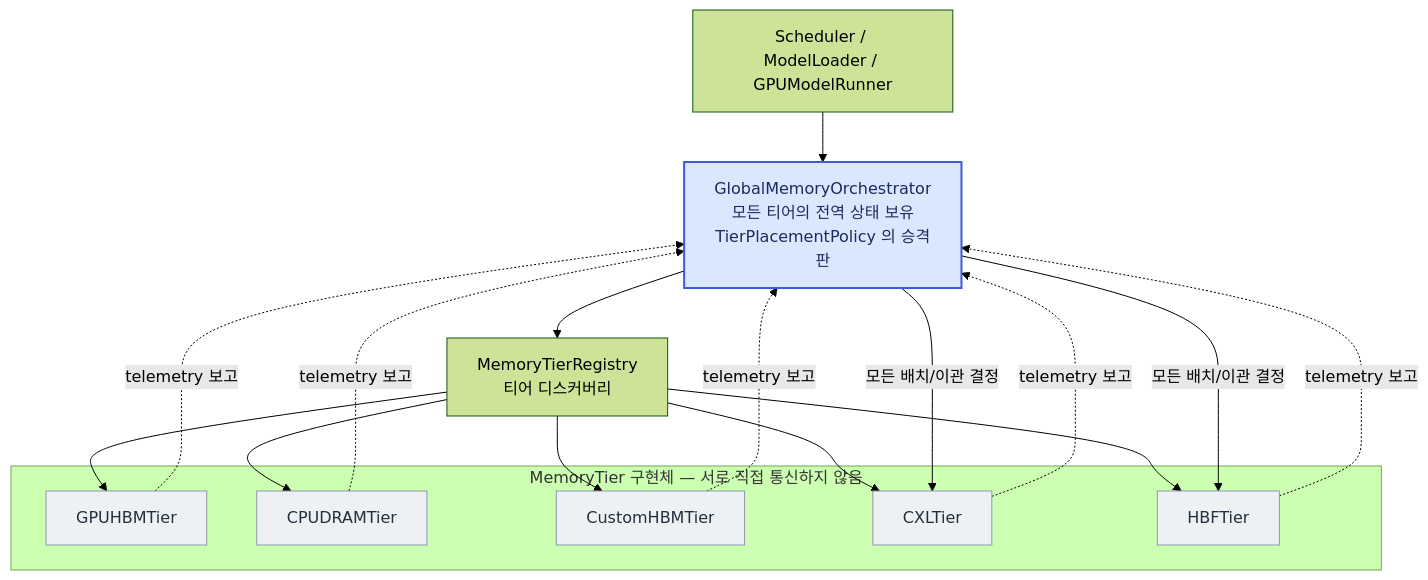
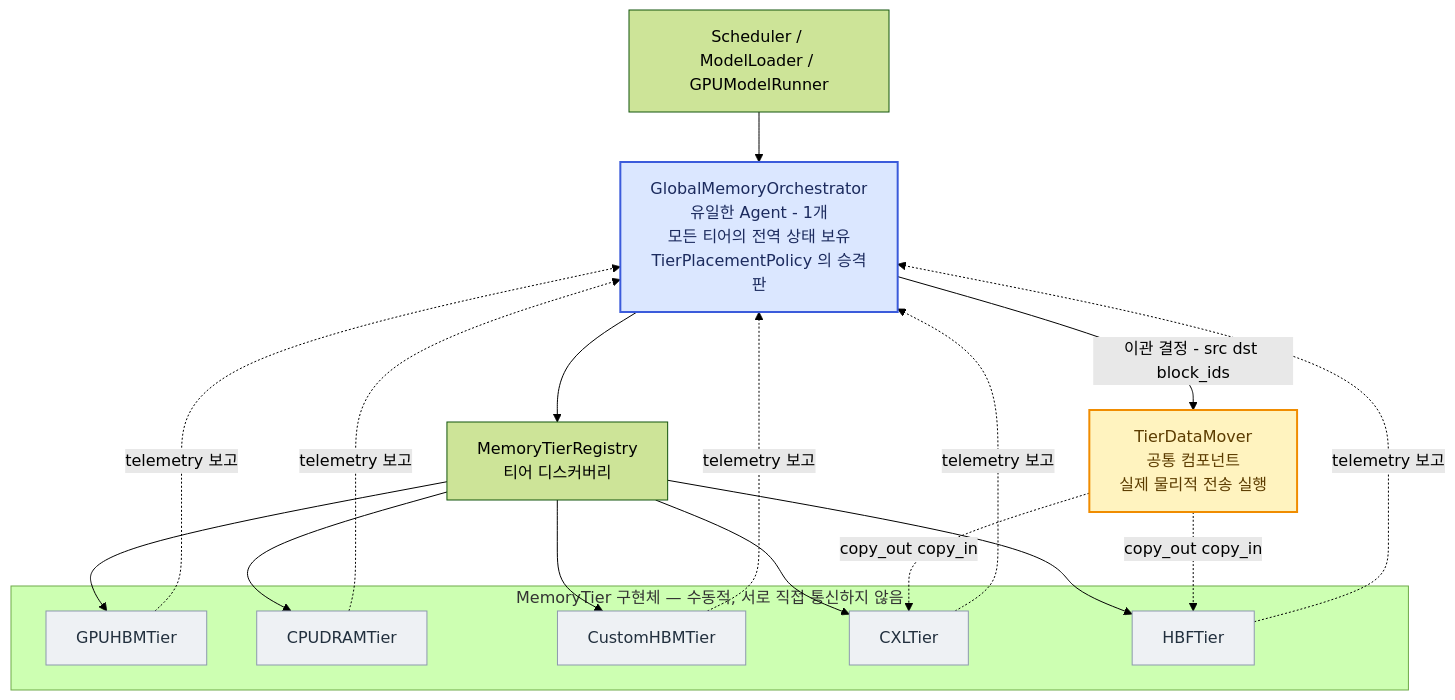
The first of 4 diagrams in doc-mk/vllm-memory-coordination-locus-candidates.md (mkim0628/vllm), drawn with Mermaid (forest theme) before and after one commit. The commit also changed other lines of this file and 2 other files, not shown here.

````diff
--- a/doc-mk/vllm-memory-coordination-locus-candidates.md
+++ b/doc-mk/vllm-memory-coordination-locus-candidates.md
@@ -64,35 +83,39 @@
 ```mermaid
 graph TD
     SCHED["Scheduler / ModelLoader / GPUModelRunner"]
-    ORCH["GlobalMemoryOrchestrator<br/>모든 티어의 전역 상태 보유<br/>TierPlacementPolicy 의 승격판"]
+    ORCH["GlobalMemoryOrchestrator<br/>유일한 Agent - 1개<br/>모든 티어의 전역 상태 보유<br/>TierPlacementPolicy 의 승격판"]
     REG["MemoryTierRegistry<br/>티어 디스커버리"]
+    MOVER["TierDataMover<br/>공통 컴포넌트<br/>실제 물리적 전송 실행"]
 
-    subgraph TIERS["MemoryTier 구현체 — 서로 직접 통신하지 않음"]
+    subgraph TIERS["MemoryTier 구현체 — 수동적, 서로 직접 통신하지 않음"]
         GPUHBM["GPUHBMTier"]
         DRAMT["CPUDRAMTier"]
         CUSTOMT["CustomHBMTier"]
         CXLT["CXLTier"]
         HBFT["HBFTier"]
     end
 
     SCHED --> ORCH
     ORCH --> REG --> GPUHBM
     REG --> DRAMT
     REG --> CUSTOMT
     REG --> CXLT
     REG --> HBFT
 
     GPUHBM -. "telemetry 보고" .-> ORCH
     DRAMT -. "telemetry 보고" .-> ORCH
     CUSTOMT -. "telemetry 보고" .-> ORCH
     CXLT -. "telemetry 보고" .-> ORCH
     HBFT -. "telemetry 보고" .-> ORCH
 
-    ORCH -- "모든 배치/이관 결정" --> CXLT
-    ORCH -- "모든 배치/이관 결정" --> HBFT
+    ORCH -- "이관 결정 - src dst block_ids" --> MOVER
+    MOVER -. "copy_out copy_in" .-> CXLT
+    MOVER -. "copy_out copy_in" .-> HBFT
 
     classDef orchBox fill:#dbe7ff,stroke:#3b5bdb,color:#1c2b5e,stroke-width:2px;
     classDef tierBox fill:#eef1f4,stroke:#8d99ae,color:#22303e,stroke-width:1px;
+    classDef moverBox fill:#fff3bf,stroke:#f08c00,color:#5c3c00,stroke-width:2px;
     class ORCH orchBox
     class GPUHBM,DRAMT,CUSTOMT,CXLT,HBFT tierBox
+    class MOVER moverBox
 ```
````
